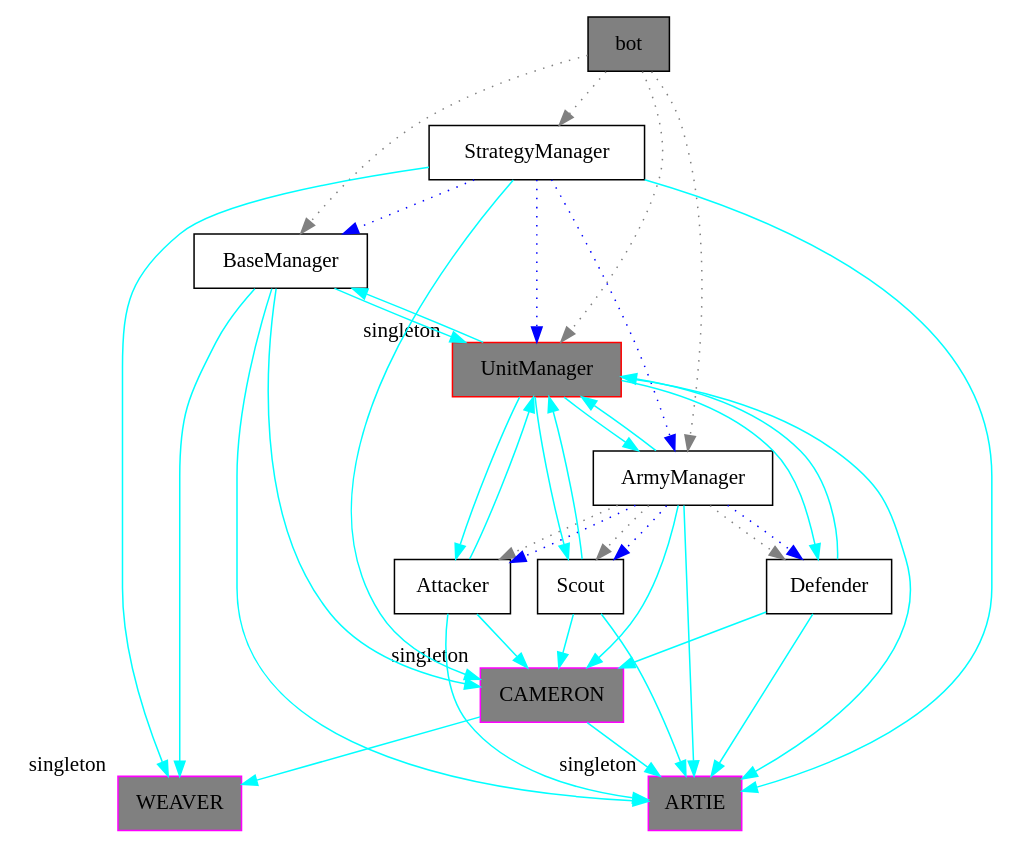
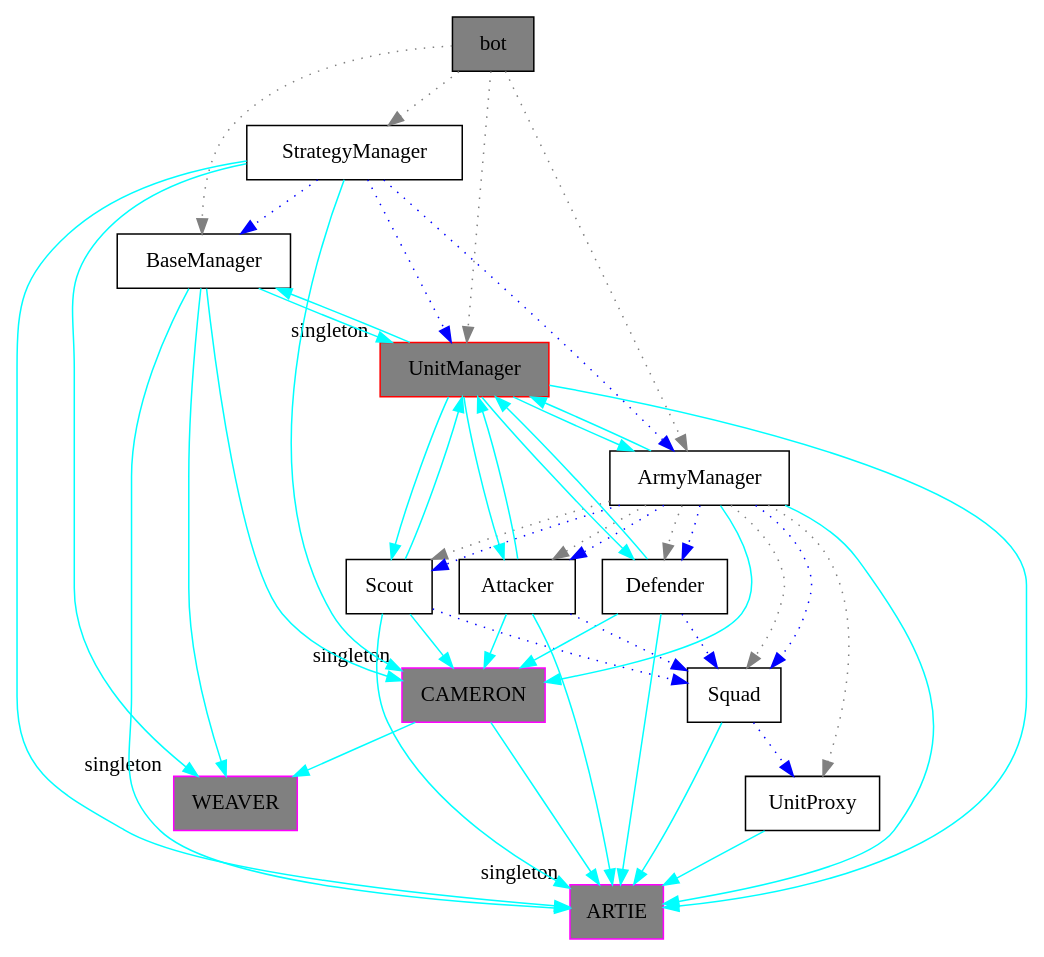
One commit to cowden/Turk changed the diagram in doc/TurkDesign.gv. Above: the diagram before and after it, drawn with Graphviz. The commit also changed 2 other files, not shown here.

Commit message:
introduced squad and unitproxy classes

```diff
--- a/doc/TurkDesign.gv
+++ b/doc/TurkDesign.gv
@@ -1,79 +1,94 @@
 
 
 digraph cluster_Turk {
 
   node [shape="box"];
 
   bot [label="bot" style=filled fillcolor=grey]; 
   StrategyManager [label="StrategyManager"];
   BaseManager [label="BaseManager"];
   ArmyManager [label="ArmyManager"];
   UnitManager [label="UnitManager" xlabel="singleton" color="red" fillcolor=grey style=filled];
 
   Scout [label="Scout"];
   Attacker [label="Attacker"];
   Defender [label="Defender"];
 
+  Squad [label="Squad"];
+  UnitProxy [label="UnitProxy"];
+
   node [xlabel="singleton" shape=box style=filled color=magenta fillcolor=grey];
   artie [label="ARTIE"];
   weaver [label="WEAVER"];
   cameron [label="CAMERON"]; 
 
 
   edge [color="grey" style="dotted"];
   bot -> StrategyManager;
   bot -> BaseManager;
   bot -> ArmyManager;
   bot -> UnitManager;
 
+  ArmyManager -> Squad;
+  ArmyManager -> UnitProxy;
   ArmyManager -> Scout;
   ArmyManager -> Attacker;
   ArmyManager -> Defender;
 
 
   edge [color="blue" style="dotted"];
   StrategyManager -> BaseManager;
   StrategyManager -> ArmyManager;
   StrategyManager -> UnitManager;
 
   ArmyManager -> Scout;
   ArmyManager -> Attacker;
   ArmyManager -> Defender;
 
+  ArmyManager -> Squad;
+  Squad -> UnitProxy;
+
+  Scout -> Squad;
+  Attacker -> Squad;
+  Defender -> Squad;
+
   edge [color="cyan" style="" penwidth=1];
   StrategyManager -> artie;
   BaseManager -> artie;
   ArmyManager -> artie;
   UnitManager -> artie;
   Scout -> artie;
   Attacker -> artie;
   Defender -> artie;
+
+  Squad -> artie;
+  UnitProxy -> artie;
 
   BaseManager -> weaver; 
 
 
   StrategyManager -> weaver;
   StrategyManager -> cameron;
   ArmyManager -> cameron;
   Scout -> cameron;
   Attacker -> cameron;
   Defender -> cameron;
   BaseManager -> cameron;
   
   cameron -> artie;
   cameron -> weaver;
 
 
   BaseManager -> UnitManager;
   UnitManager -> BaseManager;
   ArmyManager -> UnitManager;
   UnitManager -> ArmyManager;
   Scout -> UnitManager;
   UnitManager -> Scout;
   Defender -> UnitManager;
   UnitManager -> Defender;
   Attacker -> UnitManager;
   UnitManager -> Attacker;
   
 
 }
```
